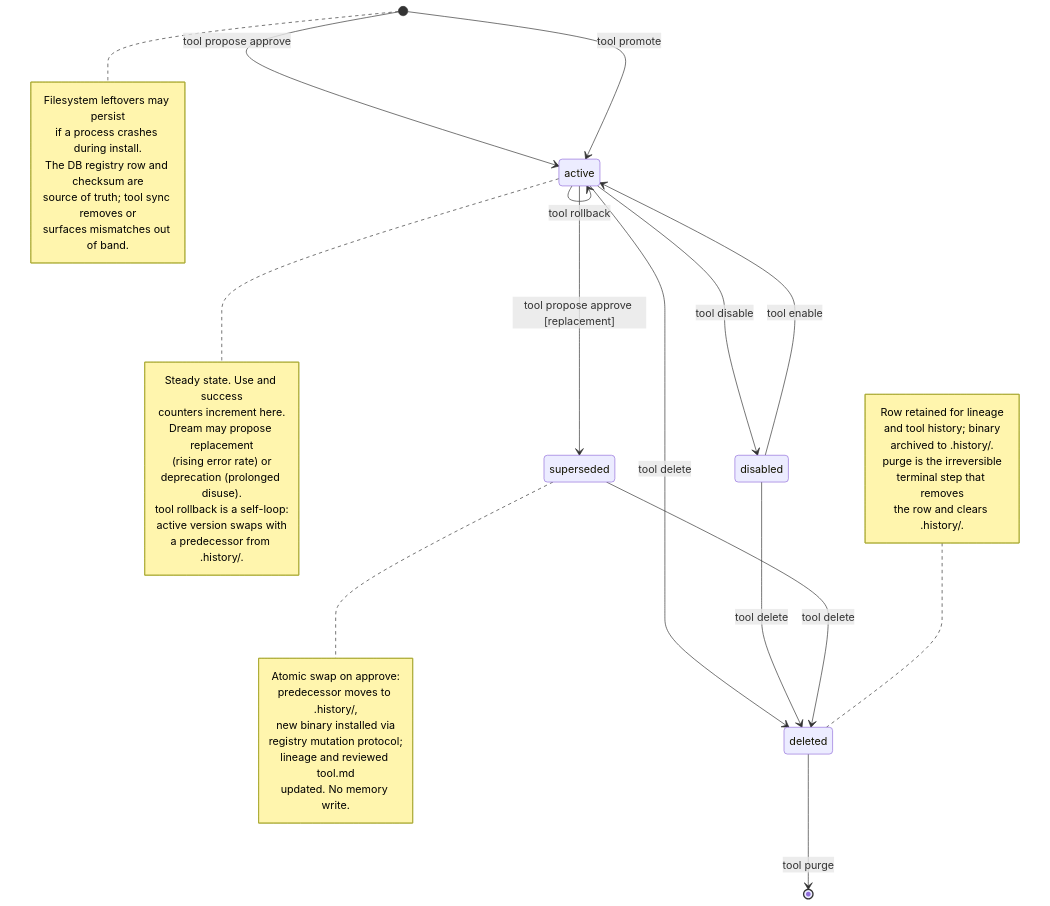
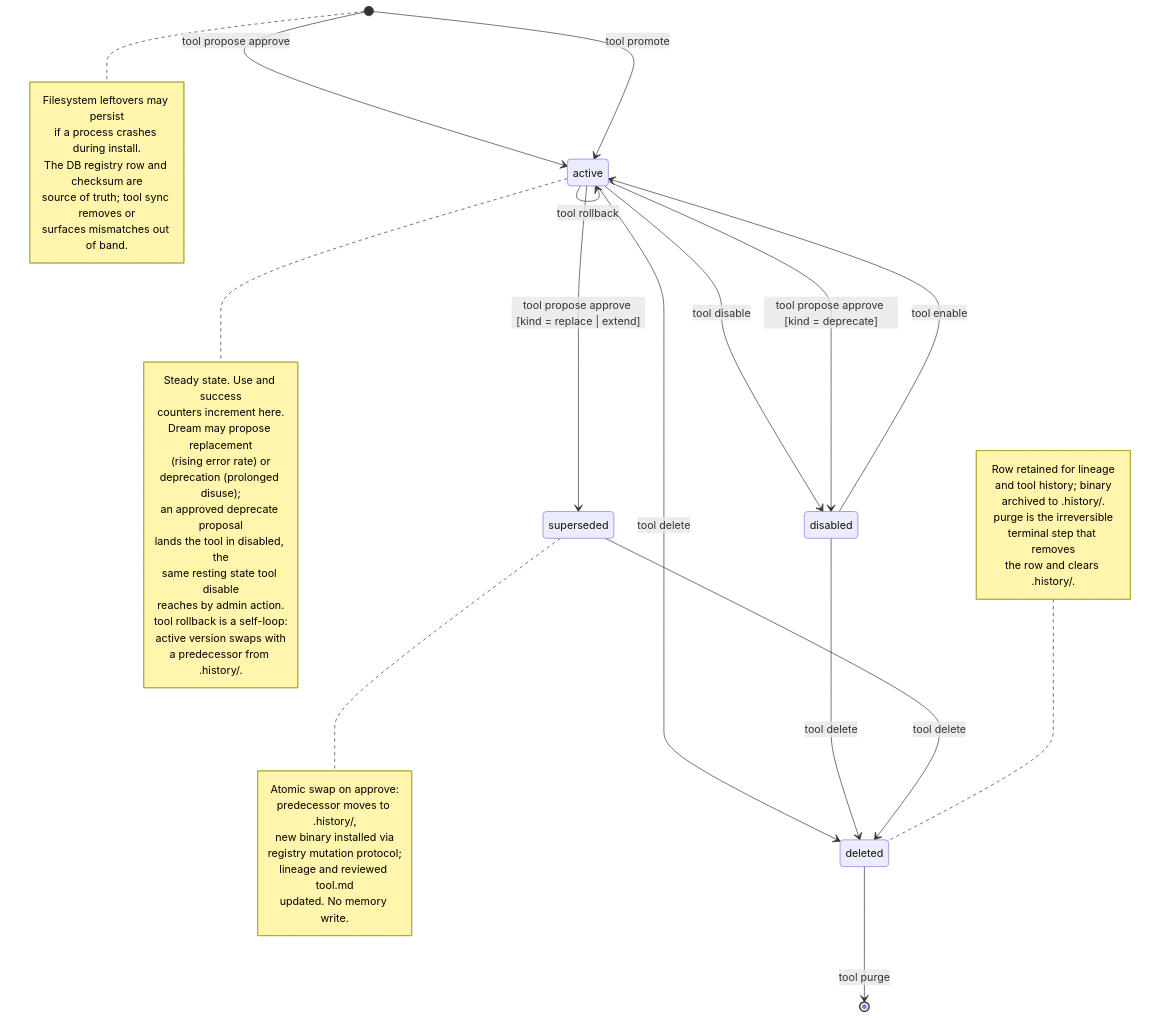
Before and after one commit to yanggf8/typhoonway: the diagram in diagrams/state-tool-lifecycle.mmd, drawn with Mermaid. The commit also changed 9 other files, not shown here.

```diff
--- a/diagrams/state-tool-lifecycle.mmd
+++ b/diagrams/state-tool-lifecycle.mmd
@@ -1,48 +1,53 @@
 stateDiagram-v2
     [*] --> active : tool propose approve
     [*] --> active : tool promote
     active --> disabled : tool disable
+    active --> disabled : tool propose approve [kind = deprecate]
     disabled --> active : tool enable
-    active --> superseded : tool propose approve [replacement]
+    active --> superseded : tool propose approve [kind = replace | extend]
     active --> active : tool rollback
     active --> deleted : tool delete
     disabled --> deleted : tool delete
     superseded --> deleted : tool delete
     deleted --> [*] : tool purge
 
     note right of active
         Steady state. Use and success
         counters increment here.
         Dream may propose replacement
         (rising error rate) or
-        deprecation (prolonged disuse).
+        deprecation (prolonged disuse);
+        an approved deprecate proposal
+        lands the tool in disabled, the
+        same resting state tool disable
+        reaches by admin action.
         tool rollback is a self-loop:
         active version swaps with
         a predecessor from .history/.
     end note
 
     note right of superseded
         Atomic swap on approve:
         predecessor moves to .history/,
         new binary installed via
         registry mutation protocol;
         lineage and reviewed tool.md
         updated. No memory write.
     end note
 
     note left of deleted
         Row retained for lineage
         and tool history; binary
         archived to .history/.
         purge is the irreversible
         terminal step that removes
         the row and clears .history/.
     end note
 
     note right of [*]
         Filesystem leftovers may persist
         if a process crashes during install.
         The DB registry row and checksum are
         source of truth; tool sync removes or
         surfaces mismatches out of band.
     end note
```
